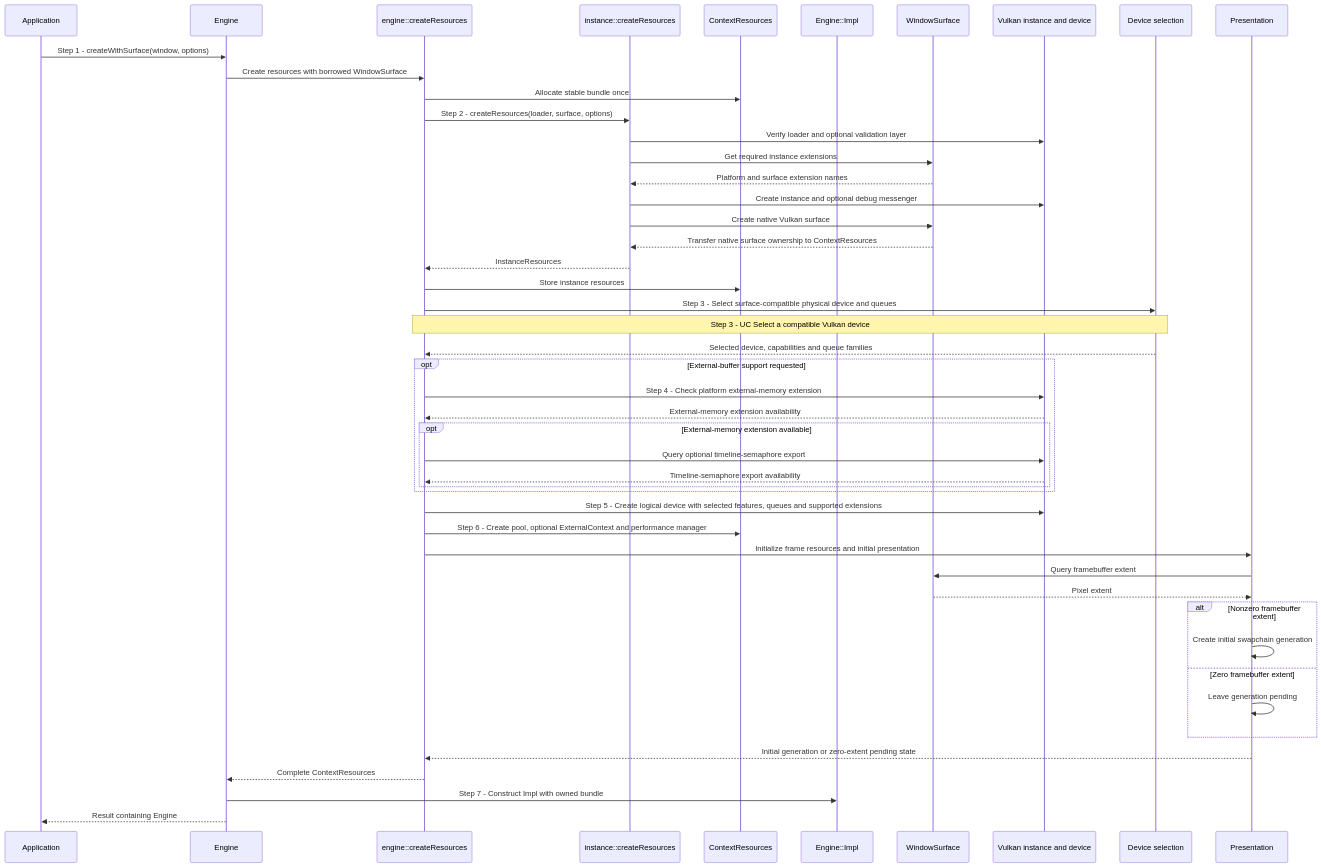
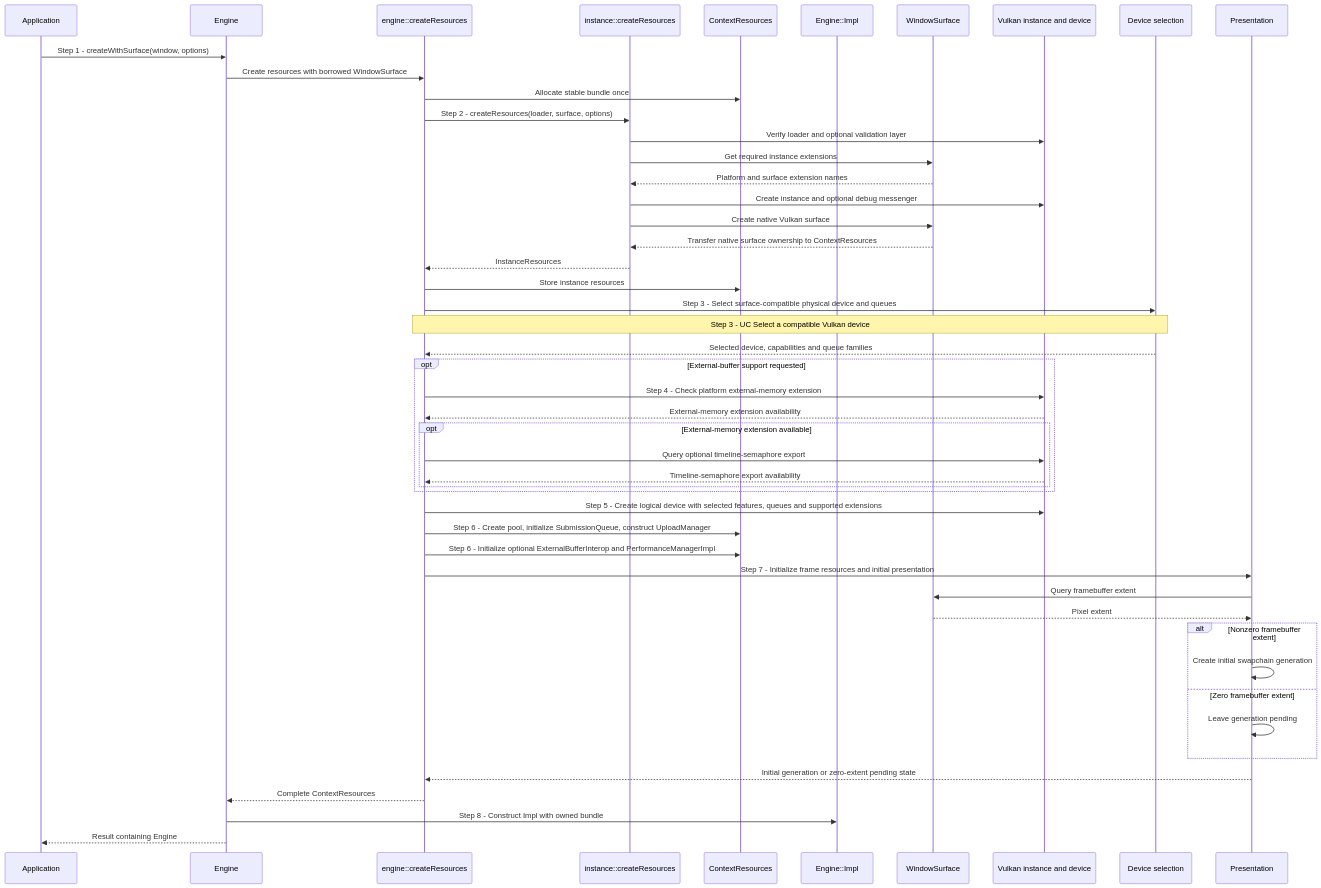
One commit to a-soltysik/Panda changed the second of 3 diagrams in docs/use-cases/create-context.md. Above: the diagram before and after it, drawn with Mermaid. The commit also changed other lines of this file and 40 other files, not shown here.

Commit message:
Initialize submission infrastructure before context services (#121)

````diff
--- a/docs/use-cases/create-context.md
+++ b/docs/use-cases/create-context.md
@@ -104,50 +109,51 @@
 ```mermaid
 sequenceDiagram
     participant A as Application
     participant C as Engine
     participant F as engine::createResources
     participant X as instance::createResources
     participant R as ContextResources
     participant I as Engine::Impl
     participant W as WindowSurface
     participant V as Vulkan instance and device
     participant D as Device selection
     participant P as Presentation
     A->>C: Step 1 - createWithSurface(window, options)
     C->>F: Create resources with borrowed WindowSurface
     F->>R: Allocate stable bundle once
     F->>X: Step 2 - createResources(loader, surface, options)
     X->>V: Verify loader and optional validation layer
     X->>W: Get required instance extensions
     W-->>X: Platform and surface extension names
     X->>V: Create instance and optional debug messenger
     X->>W: Create native Vulkan surface
     W-->>X: Transfer native surface ownership to ContextResources
     X-->>F: InstanceResources
     F->>R: Store instance resources
     F->>D: Step 3 - Select surface-compatible physical device and queues
     Note over F,D: Step 3 - UC Select a compatible Vulkan device
     D-->>F: Selected device, capabilities and queue families
     opt External-buffer support requested
         F->>V: Step 4 - Check platform external-memory extension
         V-->>F: External-memory extension availability
         opt External-memory extension available
             F->>V: Query optional timeline-semaphore export
             V-->>F: Timeline-semaphore export availability
         end
     end
     F->>V: Step 5 - Create logical device with selected features, queues and supported extensions
-    F->>R: Step 6 - Create pool, optional ExternalContext and performance manager
-    F->>P: Initialize frame resources and initial presentation
+    F->>R: Step 6 - Create pool, initialize SubmissionQueue, construct UploadManager
+    F->>R: Step 6 - Initialize optional ExternalBufferInterop and PerformanceManagerImpl
+    F->>P: Step 7 - Initialize frame resources and initial presentation
     P->>W: Query framebuffer extent
     W-->>P: Pixel extent
     alt Nonzero framebuffer extent
         P->>P: Create initial swapchain generation
     else Zero framebuffer extent
         P->>P: Leave generation pending
     end
     P-->>F: Initial generation or zero-extent pending state
     F-->>C: Complete ContextResources
-    C->>I: Step 7 - Construct Impl with owned bundle
+    C->>I: Step 8 - Construct Impl with owned bundle
     C-->>A: Result containing Engine
 ```
````
